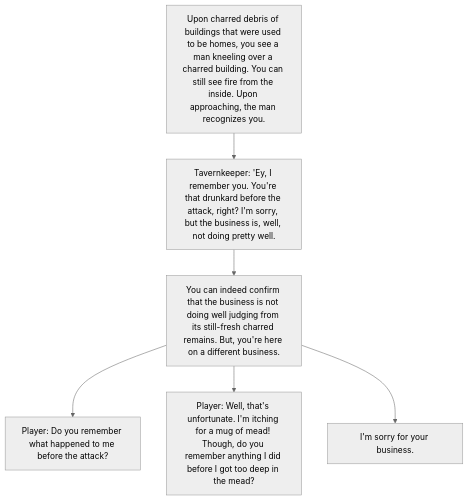
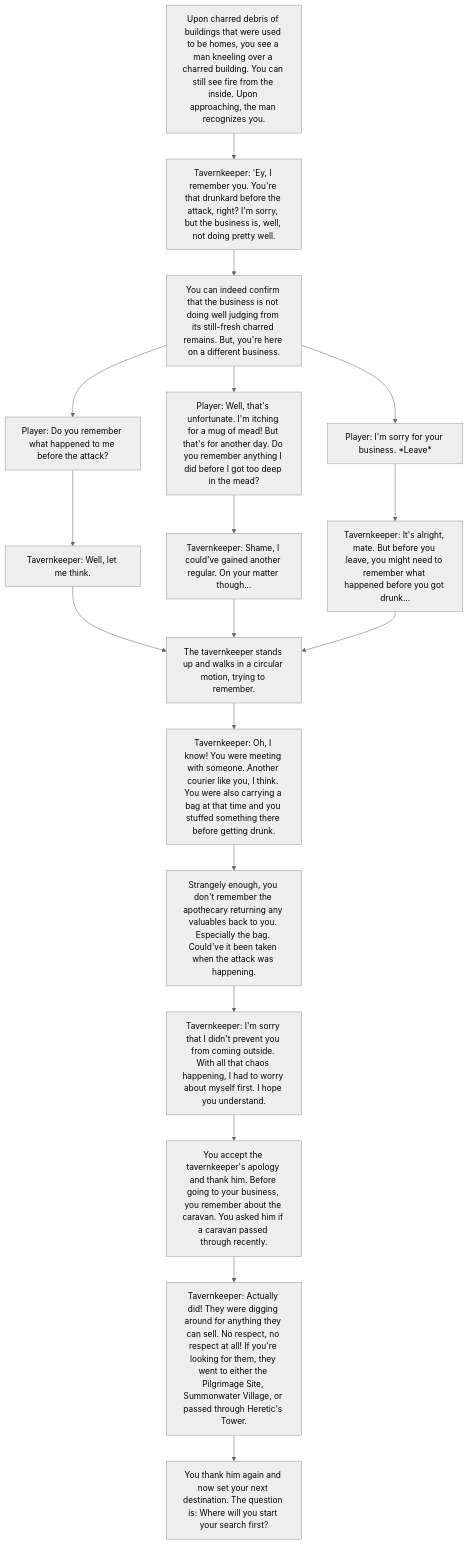
Diagram 13 of 31 in wiki/Quest.md (pacalso-jjc/2425-2nd-cc3-1e-rpg), drawn with Mermaid (neutral theme) before and after one commit. The commit also changed other lines of this file, not shown here.

````diff
--- a/wiki/Quest.md
+++ b/wiki/Quest.md
@@ -490,10 +496,22 @@
 ```mermaid
 flowchart TD
   A[Upon charred debris of buildings that were used to be homes, you see a man kneeling over a charred building. You can still see fire from the inside. Upon approaching, the man recognizes you.]
   A --> B[Tavernkeeper: 'Ey, I remember you. You're that drunkard before the attack, right? I'm sorry, but the business is, well, not doing pretty well.]
   B --> C[You can indeed confirm that the business is not doing well judging from its still-fresh charred remains. But, you're here on a different business.]
   C --> D[Player: Do you remember what happened to me before the attack?]
-  C --> E[Player: Well, that's unfortunate. I'm itching for a mug of mead! Though, do you remember anything I did before I got too deep in the mead?]
-  C --> F[I'm sorry for your business.]
+  C --> E[Player: Well, that's unfortunate. I'm itching for a mug of mead! But that's for another day. Do you remember anything I did before I got too deep in the mead?]
+  C --> F[Player: I'm sorry for your business. *Leave*]
+
+  D --> G[Tavernkeeper: Well, let me think.]
+  E --> H[Tavernkeeper: Shame, I could've gained another regular. On your matter though...]
+  F --> I[Tavernkeeper: It's alright, mate. But before you leave, you might need to remember what happened before you got drunk...]
+
+  G & H & I --> J[The tavernkeeper stands up and walks in a circular motion, trying to remember.]
+  J --> K[Tavernkeeper: Oh, I know! You were meeting with someone. Another courier like you, I think. You were also carrying a bag at that time and you stuffed something there before getting drunk.]
+  K --> L[Strangely enough, you don't remember the apothecary returning any valuables back to you. Especially the bag. Could've it been taken when the attack was happening.]
+  L --> M[Tavernkeeper: I'm sorry that I didn't prevent you from coming outside. With all that chaos happening, I had to worry about myself first. I hope you understand.]
+  M --> N[You accept the tavernkeeper's apology and thank him. Before going to your business, you remember about the caravan. You asked him if a caravan passed through recently.]
+  N --> O[Tavernkeeper: Actually did! They were digging around for anything they can sell. No respect, no respect at all! If you're looking for them, they went to either the Pilgrimage Site, Summonwater Village, or passed through Heretic's Tower.]
+  O --> P[You thank him again and now set your next destination. The question is: Where will you start your search first?]
 
 ```
````
